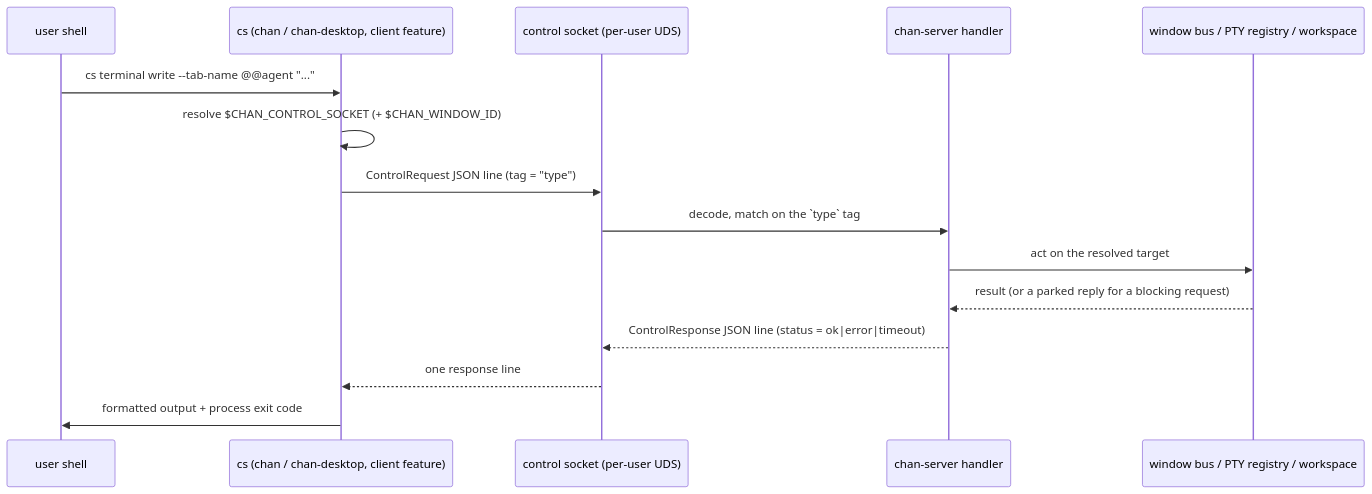
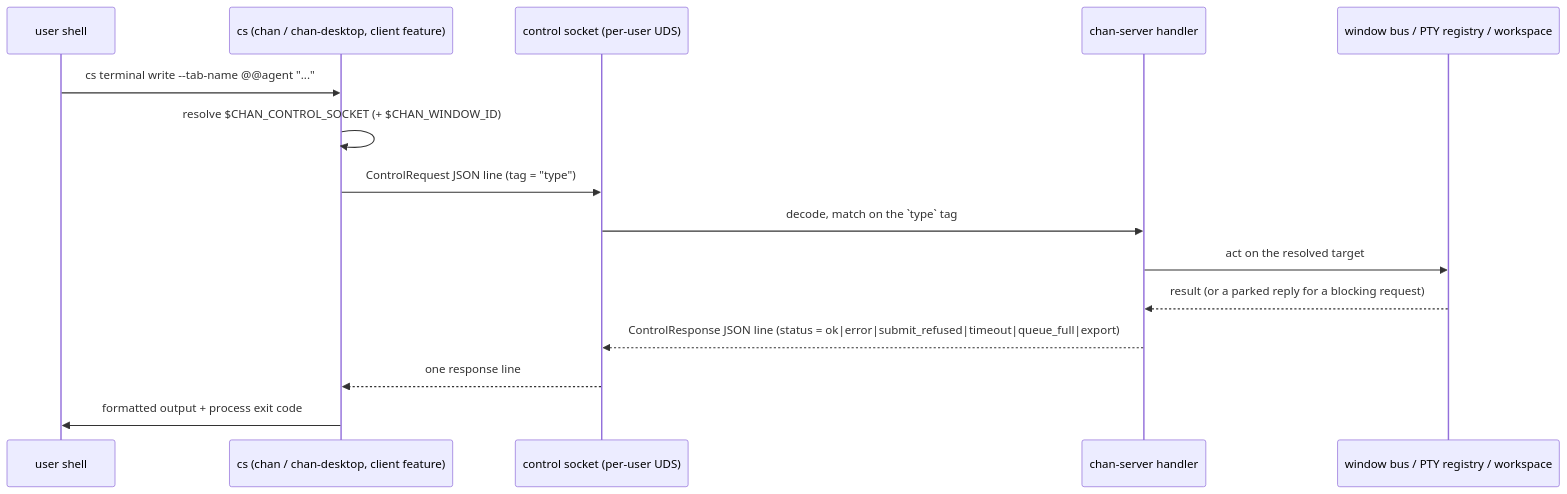
The first of 3 diagrams in crates/chan-shell/design.md (fiorix/chan), drawn with Mermaid before and after one commit. The commit also changed other lines of this file and 41 other files, not shown here.

````diff
--- a/crates/chan-shell/design.md
+++ b/crates/chan-shell/design.md
@@ -28,17 +28,17 @@
 ```mermaid
 sequenceDiagram
   participant U as user shell
   participant CS as cs (chan / chan-desktop, client feature)
   participant SOCK as control socket (per-user UDS)
   participant SRV as chan-server handler
   participant T as window bus / PTY registry / workspace
   U->>CS: cs terminal write --tab-name @@agent "..."
   CS->>CS: resolve $CHAN_CONTROL_SOCKET (+ $CHAN_WINDOW_ID)
   CS->>SOCK: ControlRequest JSON line (tag = "type")
   SOCK->>SRV: decode, match on the `type` tag
   SRV->>T: act on the resolved target
   T-->>SRV: result (or a parked reply for a blocking request)
-  SRV-->>SOCK: ControlResponse JSON line (status = ok|error|timeout)
+  SRV-->>SOCK: ControlResponse JSON line (status = ok|error|submit_refused|timeout|queue_full|export)
   SOCK-->>CS: one response line
   CS->>U: formatted output + process exit code
 ```
````
